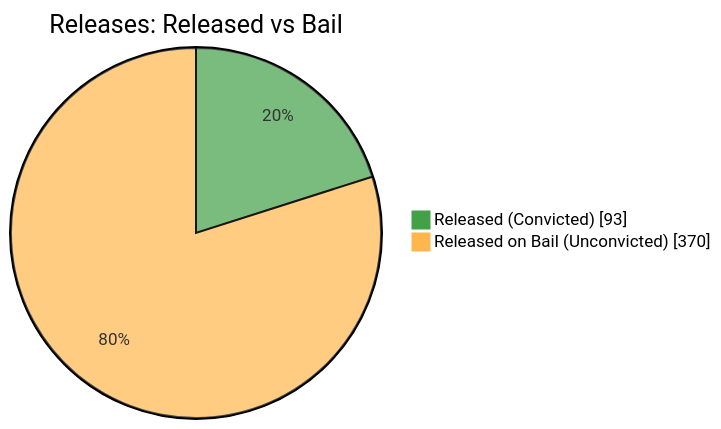
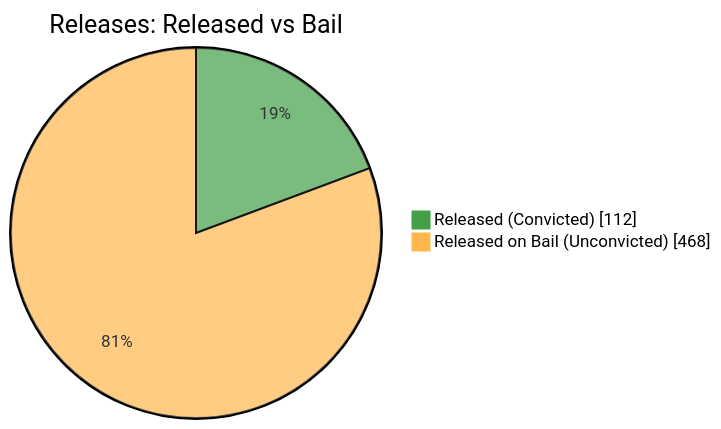
Before and after one commit to nuuuwan/lk_prisons: the fifth of 7 diagrams in README.md, drawn with Mermaid. The commit also changed other lines of this file and 1 other file, not shown here.

````diff
--- a/README.md
+++ b/README.md
@@ -87,6 +87,6 @@
 ```mermaid
 %%{init: {'themeVariables': {'pie1': '#43A047', 'pie2': '#FFB74D'}}}%%
 pie showData title Releases: Released vs Bail
-    "Released (Convicted)" : 93
-    "Released on Bail (Unconvicted)" : 370
+    "Released (Convicted)" : 112
+    "Released on Bail (Unconvicted)" : 468
 ```
````
